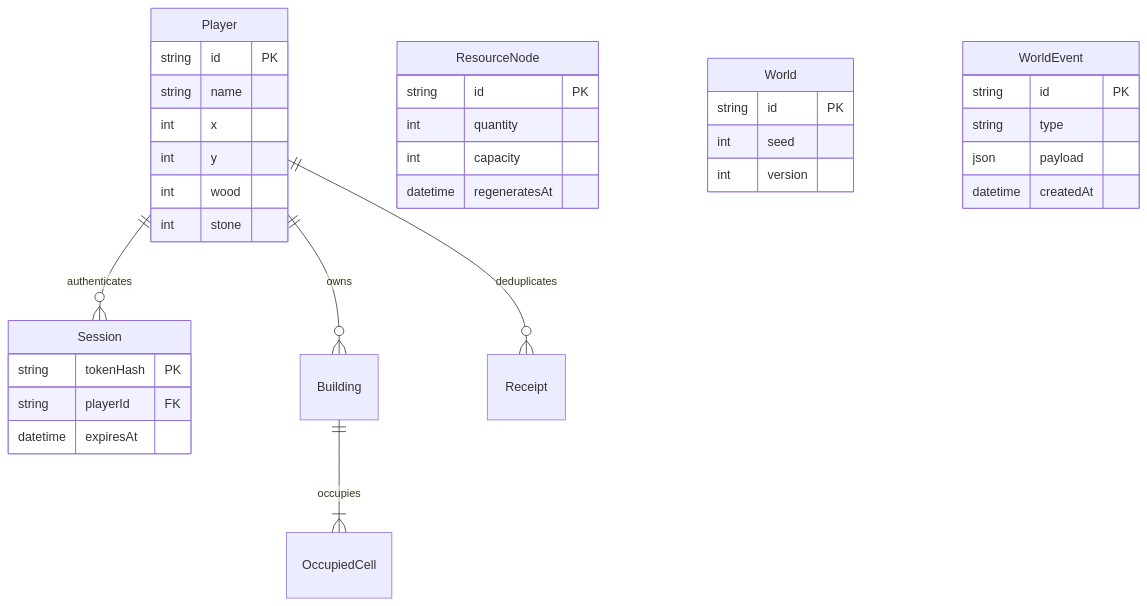
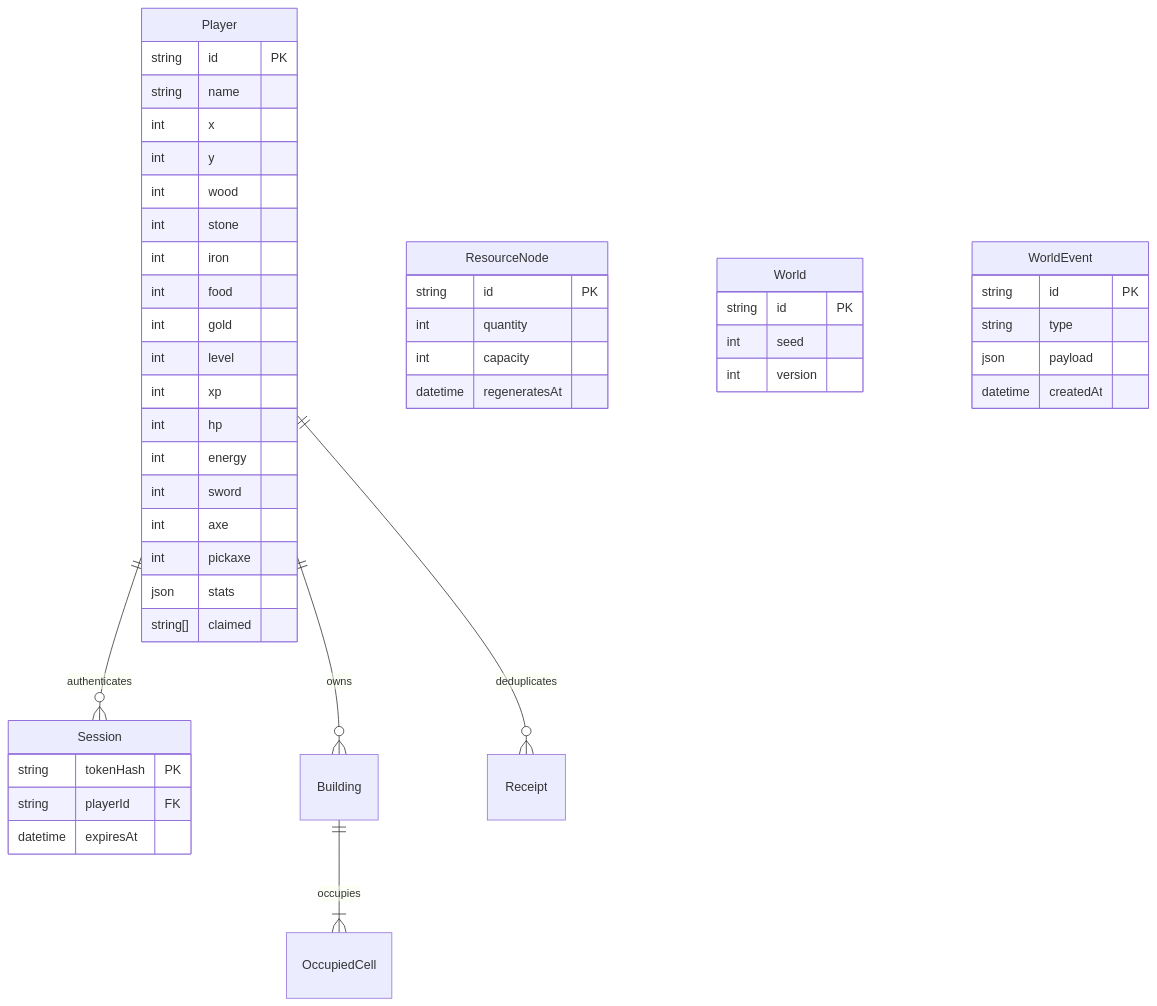
Before and after one commit to leonardoferri1/lord-of-the-logs: the second of 2 diagrams in docs/ARCHITECTURE.md, drawn with Mermaid. The commit also changed other lines of this file and 15 other files, not shown here.

````diff
--- a/docs/ARCHITECTURE.md
+++ b/docs/ARCHITECTURE.md
@@ -50,37 +56,49 @@
 ```mermaid
 erDiagram
   Player ||--o{ Session : authenticates
   Player ||--o{ Building : owns
   Player ||--o{ Receipt : deduplicates
   Building ||--|{ OccupiedCell : occupies
   Player {
     string id PK
     string name
     int x
     int y
     int wood
     int stone
+    int iron
+    int food
+    int gold
+    int level
+    int xp
+    int hp
+    int energy
+    int sword
+    int axe
+    int pickaxe
+    json stats
+    string[] claimed
   }
   Session {
     string tokenHash PK
     string playerId FK
     datetime expiresAt
   }
   ResourceNode {
     string id PK
     int quantity
     int capacity
     datetime regeneratesAt
   }
   World {
     string id PK
     int seed
     int version
   }
   WorldEvent {
     string id PK
     string type
     json payload
     datetime createdAt
   }
 ```
````
